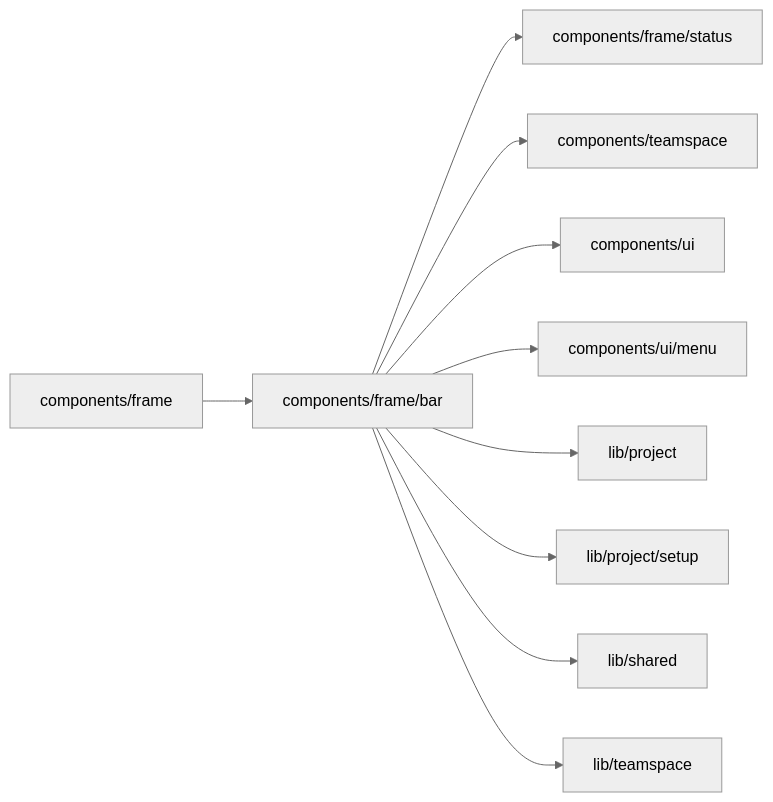
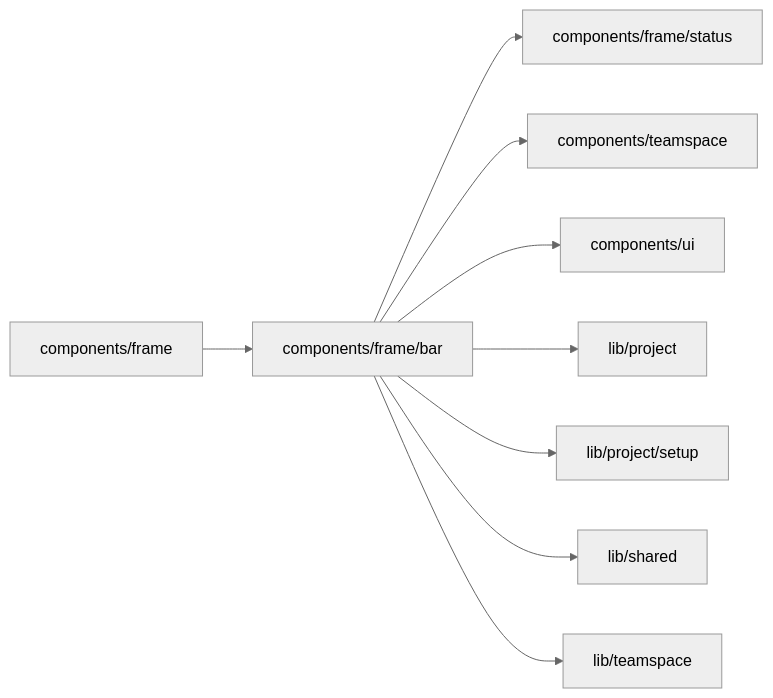
One commit to superdurable/superverse changed the diagram in web/studio/components/frame/bar/README.md. Above: the diagram before and after it, drawn with Mermaid (neutral theme). The commit also changed other lines of this file and 278 other files, not shown here.

````diff
--- a/web/studio/components/frame/bar/README.md
+++ b/web/studio/components/frame/bar/README.md
@@ -10,13 +10,12 @@
 ```mermaid
 flowchart LR
   self["components/frame/bar"]
   c0["components/frame"] --> self
   self --> d0["components/frame/status"]
   self --> d1["components/teamspace"]
   self --> d2["components/ui"]
-  self --> d3["components/ui/menu"]
-  self --> d4["lib/project"]
-  self --> d5["lib/project/setup"]
-  self --> d6["lib/shared"]
-  self --> d7["lib/teamspace"]
+  self --> d3["lib/project"]
+  self --> d4["lib/project/setup"]
+  self --> d5["lib/shared"]
+  self --> d6["lib/teamspace"]
 ```
````
